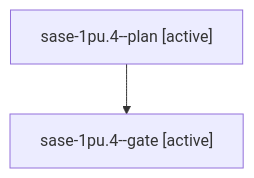
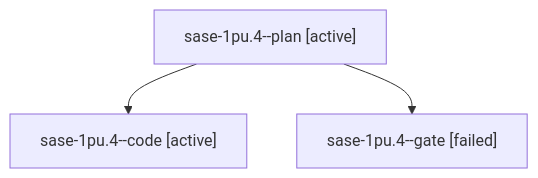
Before and after one commit to sase-org/sase--agents: the diagram in sessions/bbugyi200.athena.sase-1pu.4.md, drawn with Mermaid. The commit also changed other lines of this file and 48 other files, not shown here.

````diff
--- a/sessions/bbugyi200.athena.sase-1pu.4.md
+++ b/sessions/bbugyi200.athena.sase-1pu.4.md
@@ -9,6 +9,8 @@
 ```mermaid
 flowchart TD
   n0["sase-1pu.4--plan [active]"]
-  n1["sase-1pu.4--gate [active]"]
+  n1["sase-1pu.4--code [active]"]
   n0 --> n1
+  n2["sase-1pu.4--gate [failed]"]
+  n0 --> n2
 ```
````
